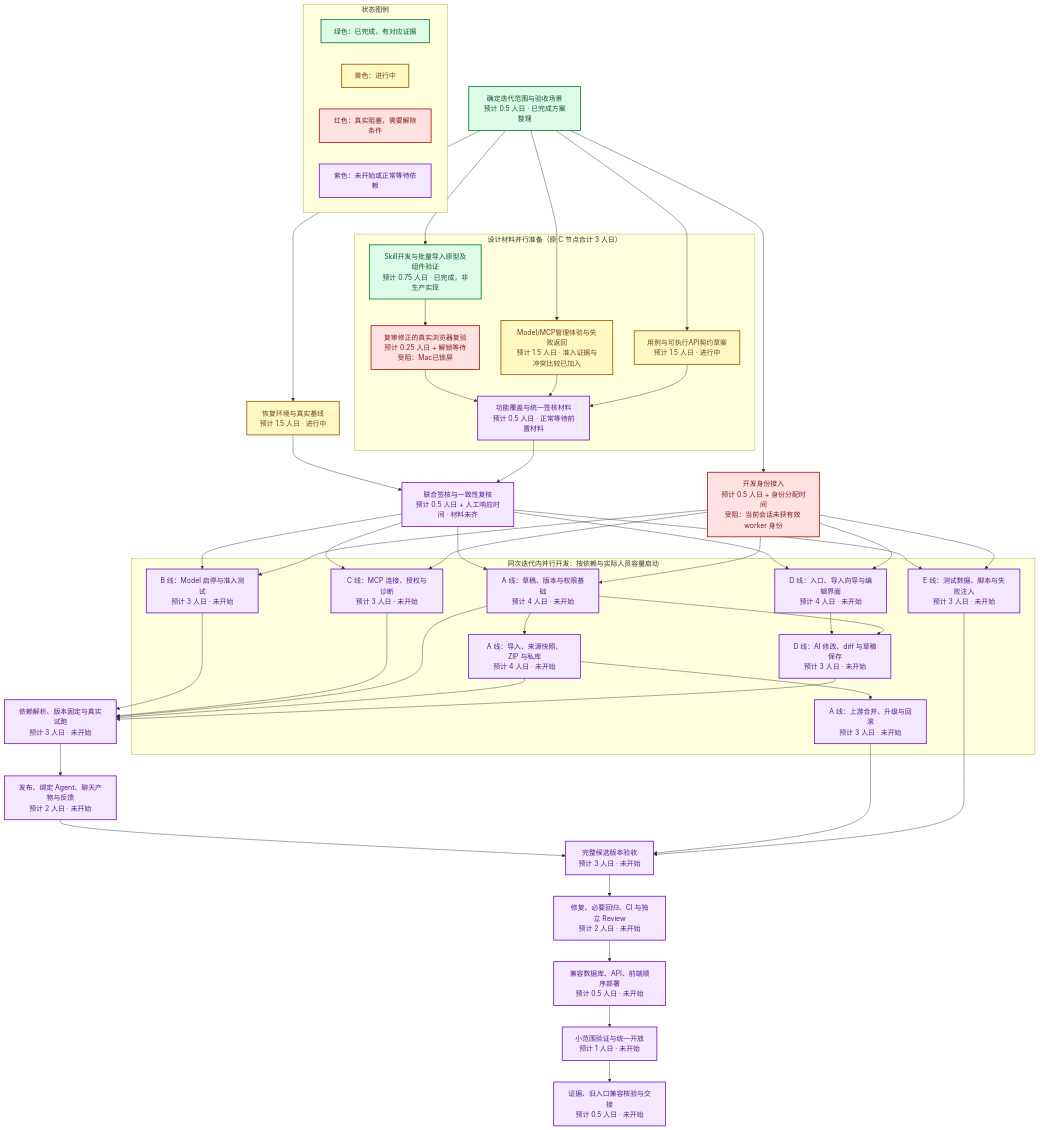
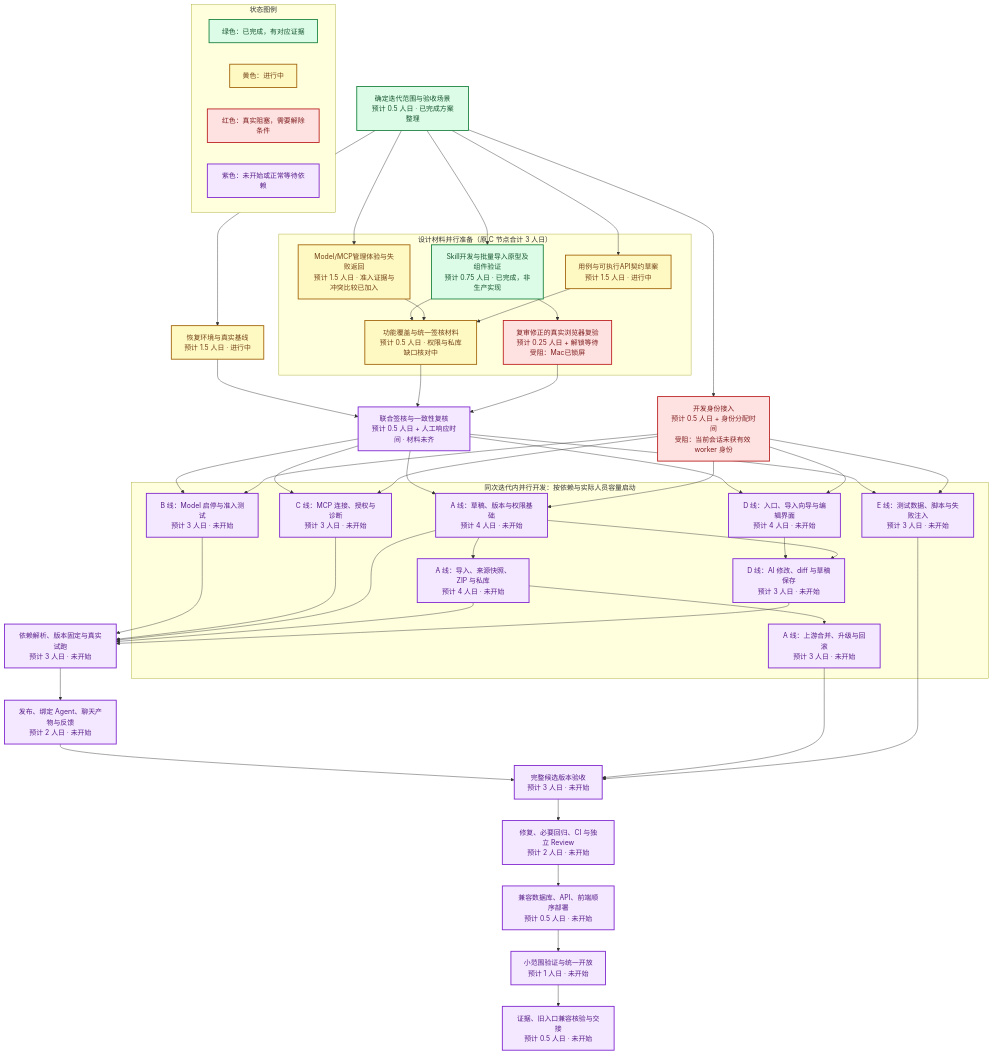
Before and after one commit to boardx/workspacex: the diagram in docs/design/ai-capability-studio-e2e-plan-2026-09-09.md, drawn with Mermaid. The commit also changed 4 other files, not shown here.

````diff
--- a/docs/design/ai-capability-studio-e2e-plan-2026-09-09.md
+++ b/docs/design/ai-capability-studio-e2e-plan-2026-09-09.md
@@ -213,76 +213,78 @@
 ```mermaid
 flowchart TB
     A["确定迭代范围与验收场景<br/>预计 0.5 人日 · 已完成方案整理"]
     A --> B["恢复环境与真实基线<br/>预计 1.5 人日 · 进行中"]
     subgraph DESIGN["设计材料并行准备（原 C 节点合计 3 人日）"]
         C1["Skill开发与批量导入原型及组件验证<br/>预计 0.75 人日 · 已完成，非生产实现"]
         Y["复审修正的真实浏览器复验<br/>预计 0.25 人日 + 解锁等待<br/>受阻：Mac已锁屏"]
         C2["Model/MCP管理体验与失败返回<br/>预计 1.5 人日 · 准入证据与冲突比较已加入"]
         C3["用例与可执行API契约草案<br/>预计 1.5 人日 · 进行中"]
-        C4["功能覆盖与统一签核材料<br/>预计 0.5 人日 · 正常等待前置材料"]
-        C1 --> Y --> C4
+        C4["功能覆盖与统一签核材料<br/>预计 0.5 人日 · 权限与私库缺口核对中"]
+        C1 --> Y
+        C1 --> C4
         C2 --> C4
         C3 --> C4
     end
     A --> C1
     A --> C2
     A --> C3
     B --> G["联合签核与一致性复核<br/>预计 0.5 人日 + 人工响应时间 · 材料未齐"]
     C4 --> G
+    Y --> G
 
     subgraph BUILD["同次迭代内并行开发：按依赖与实际人员容量启动"]
         D["A 线：草稿、版本与权限基础<br/>预计 4 人日 · 未开始"]
         I["A 线：导入、来源快照、ZIP 与私库<br/>预计 4 人日 · 未开始"]
         U["A 线：上游合并、升级与回滚<br/>预计 3 人日 · 未开始"]
         M["B 线：Model 启停与准入测试<br/>预计 3 人日 · 未开始"]
         P["C 线：MCP 连接、授权与诊断<br/>预计 3 人日 · 未开始"]
         F["D 线：入口、导入向导与编辑界面<br/>预计 4 人日 · 未开始"]
         E["D 线：AI 修改、diff 与草稿保存<br/>预计 3 人日 · 未开始"]
         T["E 线：测试数据、脚本与失败注入<br/>预计 3 人日 · 未开始"]
         D --> I --> U
         F --> E
         D --> E
     end
 
     G --> D
     G --> M
     G --> P
     G --> F
     G --> T
     M --> R["依赖解析、版本固定与真实试跑<br/>预计 3 人日 · 未开始"]
     P --> R
     D --> R
     I --> R
     E --> R
     R --> H["发布、绑定 Agent、聊天产物与反馈<br/>预计 2 人日 · 未开始"]
     H --> V["完整候选版本验收<br/>预计 3 人日 · 未开始"]
     U --> V
     T --> V
     V --> J["修复、必要回归、CI 与独立 Review<br/>预计 2 人日 · 未开始"]
     J --> K["兼容数据库、API、前端顺序部署<br/>预计 0.5 人日 · 未开始"]
     K --> L["小范围验证与统一开放<br/>预计 1 人日 · 未开始"]
     L --> Z["证据、旧入口兼容核验与交接<br/>预计 0.5 人日 · 未开始"]
 
     X["开发身份接入<br/>预计 0.5 人日 + 身份分配时间<br/>受阻：当前会话未获有效 worker 身份"]
     A --> X
     X --> D
     X --> M
     X --> P
     X --> F
     X --> T
 
     subgraph LEGEND["状态图例"]
         LG["绿色：已完成，有对应证据"]
         LY["黄色：进行中"]
         LR["红色：真实阻塞，需要解除条件"]
         LP["紫色：未开始或正常等待依赖"]
     end
     classDef done fill:#dcfce7,stroke:#15803d,color:#14532d,stroke-width:2px;
     classDef active fill:#fef9c3,stroke:#a16207,color:#713f12,stroke-width:2px;
     classDef blocked fill:#fee2e2,stroke:#b91c1c,color:#7f1d1d,stroke-width:2px;
     classDef pending fill:#f3e8ff,stroke:#7e22ce,color:#581c87,stroke-width:2px;
     class A,C1,LG done;
-    class B,C2,C3,LY active;
+    class B,C2,C3,C4,LY active;
     class X,Y,LR blocked;
-    class C4,G,D,I,U,M,P,F,E,T,R,H,V,J,K,L,Z,LP pending;
+    class G,D,I,U,M,P,F,E,T,R,H,V,J,K,L,Z,LP pending;
 ```
````
